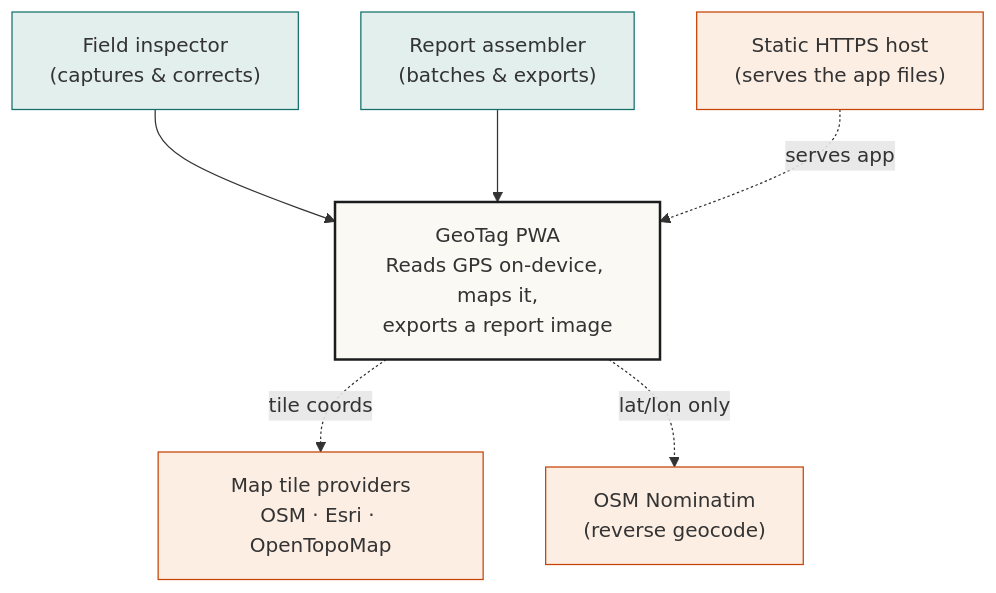
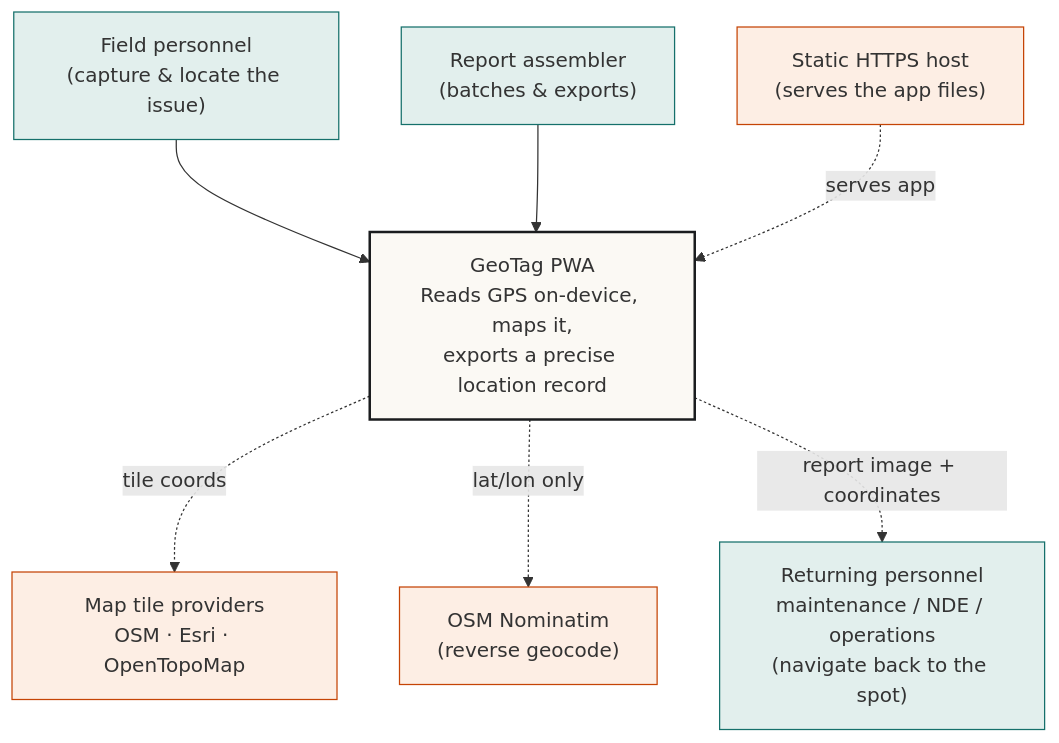
The second of 6 diagrams in docs/DESIGN_AND_ARCHITECTURE.md (Nerjo/geotag), drawn with Mermaid before and after one commit. The commit also changed other lines of this file and 2 other files, not shown here.

First line of the commit message:
Reframe core purpose around conveying precise field location

````diff
--- a/docs/DESIGN_AND_ARCHITECTURE.md
+++ b/docs/DESIGN_AND_ARCHITECTURE.md
@@ -447,22 +478,24 @@
 ```mermaid
 flowchart TB
-    INSP["Field inspector<br/>(captures &amp; corrects)"]
+    INSP["Field personnel<br/>(capture &amp; locate the issue)"]
     ASMB["Report assembler<br/>(batches &amp; exports)"]
-    GEO["GeoTag PWA<br/>Reads GPS on-device, maps it,<br/>exports a report image"]
+    GEO["GeoTag PWA<br/>Reads GPS on-device, maps it,<br/>exports a precise location record"]
+    RET["Returning personnel<br/>maintenance / NDE / operations<br/>(navigate back to the spot)"]
     HOST["Static HTTPS host<br/>(serves the app files)"]
     TILES["Map tile providers<br/>OSM · Esri · OpenTopoMap"]
     NOM["OSM Nominatim<br/>(reverse geocode)"]
 
     INSP --> GEO
     ASMB --> GEO
     HOST -. serves app .-> GEO
     GEO -. tile coords .-> TILES
     GEO -. lat/lon only .-> NOM
+    GEO -. report image + coordinates .-> RET
 
     classDef sys fill:#fbf9f4,stroke:#1a1c1e,stroke-width:2px;
     classDef ext fill:#fdeee4,stroke:#c54405;
     classDef person fill:#e2efed,stroke:#15706b;
     class GEO sys;
     class TILES,NOM,HOST ext;
-    class INSP,ASMB person;
+    class INSP,ASMB,RET person;
 ```
````
